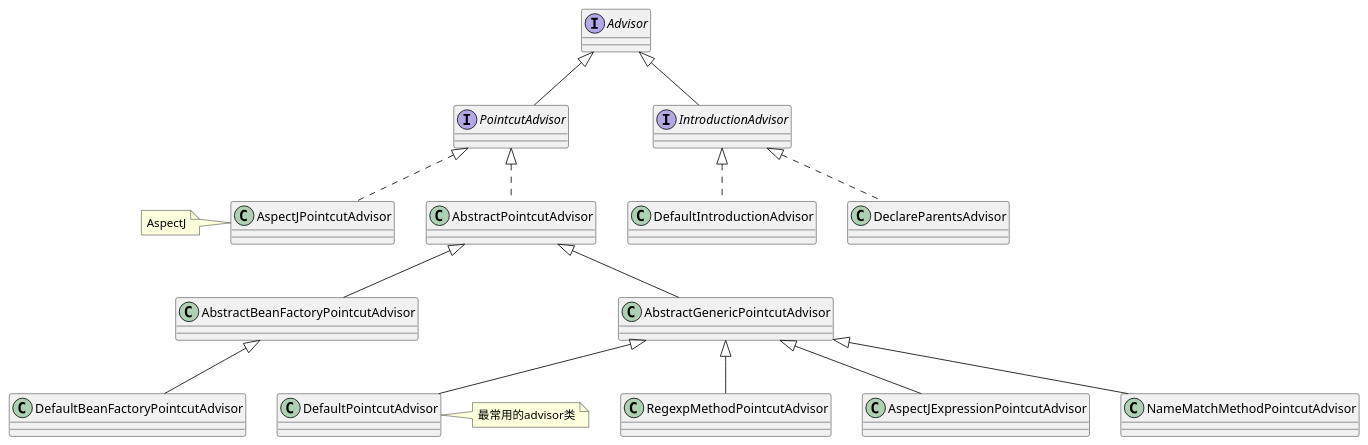
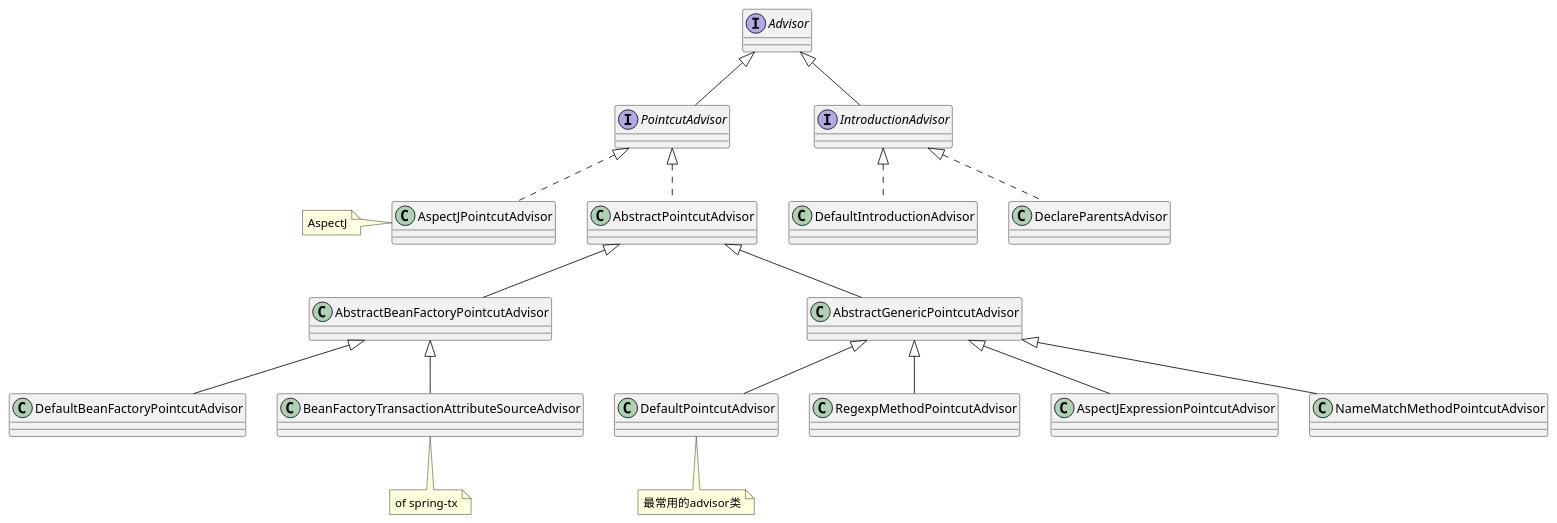
One commit to MoonChaserChen/Re0-Spring changed the diagram in docs/6、spring-aop/6. Advisor.md. Above: the diagram before and after it, drawn with PlantUML. The commit also changed 13 other files, not shown here.

````diff
--- a/docs/6、spring-aop/6. Advisor.md
+++ b/docs/6、spring-aop/6. Advisor.md
@@ -5,23 +5,25 @@
 ```plantuml
 interface Advisor
 interface PointcutAdvisor
 interface IntroductionAdvisor
 class AspectJPointcutAdvisor
 note left: AspectJ
 class DefaultPointcutAdvisor
-note right: 最常用的advisor类
+note bottom: 最常用的advisor类
 
 Advisor <|-- PointcutAdvisor
 Advisor <|-- IntroductionAdvisor
 PointcutAdvisor <|.. AspectJPointcutAdvisor
 PointcutAdvisor <|.. AbstractPointcutAdvisor
 AbstractPointcutAdvisor <|-- AbstractBeanFactoryPointcutAdvisor
 AbstractPointcutAdvisor <|-- AbstractGenericPointcutAdvisor
 AbstractBeanFactoryPointcutAdvisor <|-- DefaultBeanFactoryPointcutAdvisor
+AbstractBeanFactoryPointcutAdvisor <|-- BeanFactoryTransactionAttributeSourceAdvisor
+note bottom: of spring-tx
 AbstractGenericPointcutAdvisor <|-- RegexpMethodPointcutAdvisor
 AbstractGenericPointcutAdvisor <|-- AspectJExpressionPointcutAdvisor
 AbstractGenericPointcutAdvisor <|-- NameMatchMethodPointcutAdvisor
 AbstractGenericPointcutAdvisor <|-- DefaultPointcutAdvisor
 IntroductionAdvisor <|.. DefaultIntroductionAdvisor
 IntroductionAdvisor <|.. DeclareParentsAdvisor
 ```
````
